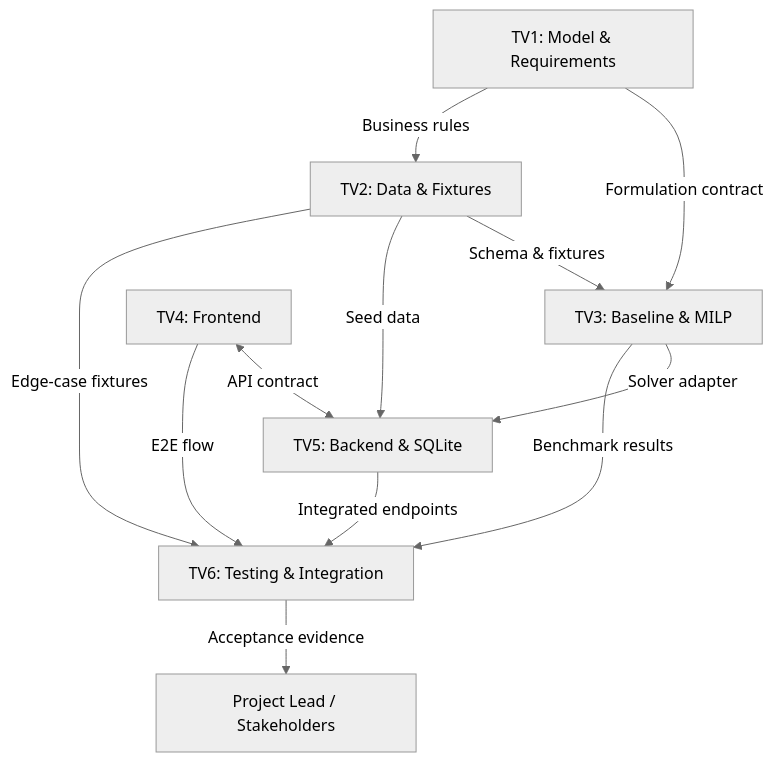
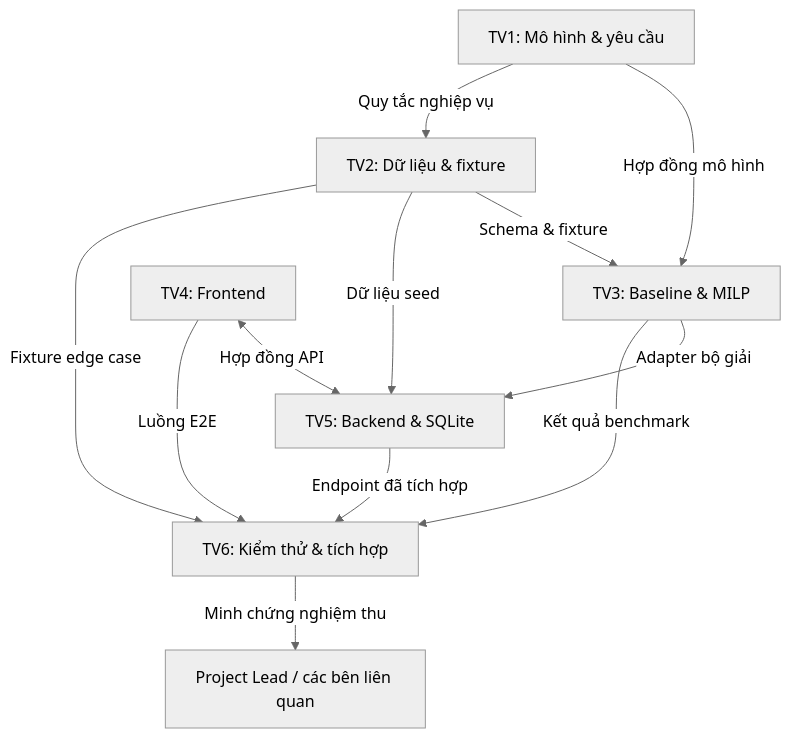
Before and after one commit to NTbankey1/LogiMind: the diagram in docs/project-management/integration-plan.md, drawn with Mermaid (neutral theme). The commit also changed other lines of this file and 23 other files, not shown here.

````diff
--- a/docs/project-management/integration-plan.md
+++ b/docs/project-management/integration-plan.md
@@ -30,14 +30,14 @@
 ```mermaid
 flowchart TD
-    TV1["TV1: Model & Requirements"] -->|Formulation contract| TV3["TV3: Baseline & MILP"]
-    TV1 -->|Business rules| TV2["TV2: Data & Fixtures"]
-    TV2 -->|Schema & fixtures| TV3
-    TV2 -->|Seed data| TV5["TV5: Backend & SQLite"]
-    TV2 -->|Edge-case fixtures| TV6["TV6: Testing & Integration"]
-    TV3 -->|Solver adapter| TV5
-    TV3 -->|Benchmark results| TV6
-    TV4["TV4: Frontend"] <-->|API contract| TV5
-    TV5 -->|Integrated endpoints| TV6
-    TV4 -->|E2E flow| TV6
-    TV6 -->|Acceptance evidence| Lead["Project Lead / Stakeholders"]
+    TV1["TV1: Mô hình & yêu cầu"] -->|Hợp đồng mô hình| TV3["TV3: Baseline & MILP"]
+    TV1 -->|Quy tắc nghiệp vụ| TV2["TV2: Dữ liệu & fixture"]
+    TV2 -->|Schema & fixture| TV3
+    TV2 -->|Dữ liệu seed| TV5["TV5: Backend & SQLite"]
+    TV2 -->|Fixture edge case| TV6["TV6: Kiểm thử & tích hợp"]
+    TV3 -->|Adapter bộ giải| TV5
+    TV3 -->|Kết quả benchmark| TV6
+    TV4["TV4: Frontend"] <-->|Hợp đồng API| TV5
+    TV5 -->|Endpoint đã tích hợp| TV6
+    TV4 -->|Luồng E2E| TV6
+    TV6 -->|Minh chứng nghiệm thu| Lead["Project Lead / các bên liên quan"]
 ```
````
